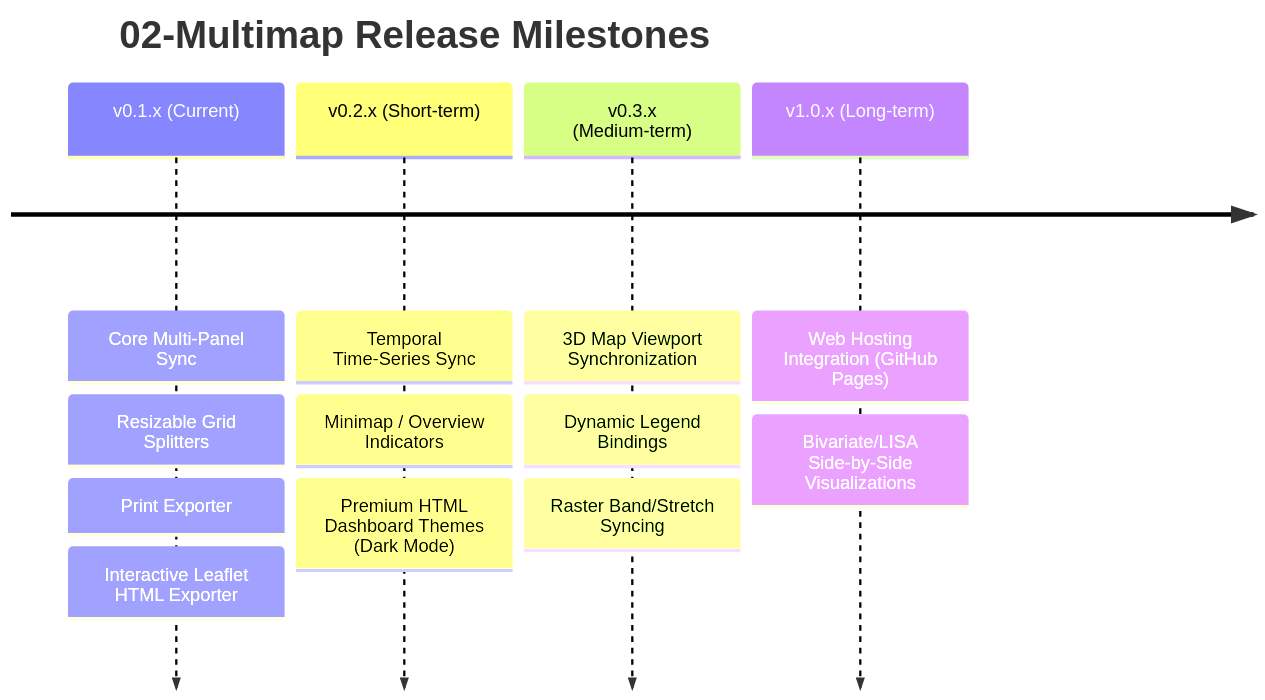
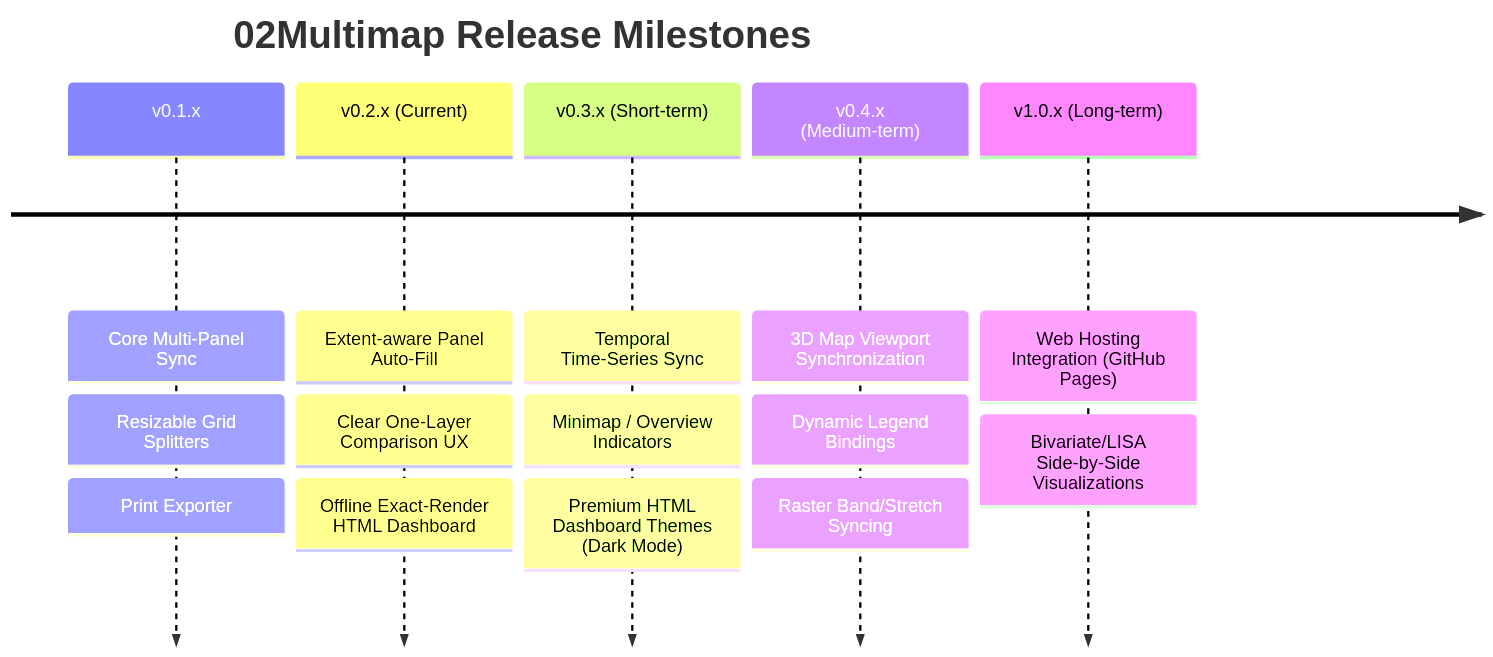
The diagram in ROADMAP.md (YusufEminoglu/zero2multimap), drawn with Mermaid before and after one commit. The commit also changed other lines of this file and 12 other files, not shown here.

````diff
--- a/ROADMAP.md
+++ b/ROADMAP.md
@@ -9,8 +9,9 @@
 ```mermaid
 timeline
-    title 02-Multimap Release Milestones
-    v0.1.x (Current) : Core Multi-Panel Sync : Resizable Grid Splitters : Print Exporter : Interactive Leaflet HTML Exporter
-    v0.2.x (Short-term) : Temporal Time-Series Sync : Minimap / Overview Indicators : Premium HTML Dashboard Themes (Dark Mode)
-    v0.3.x (Medium-term) : 3D Map Viewport Synchronization : Dynamic Legend Bindings : Raster Band/Stretch Syncing
+    title 02Multimap Release Milestones
+    v0.1.x : Core Multi-Panel Sync : Resizable Grid Splitters : Print Exporter
+    v0.2.x (Current) : Extent-aware Panel Auto-Fill : Clear One-Layer Comparison UX : Offline Exact-Render HTML Dashboard
+    v0.3.x (Short-term) : Temporal Time-Series Sync : Minimap / Overview Indicators : Premium HTML Dashboard Themes (Dark Mode)
+    v0.4.x (Medium-term) : 3D Map Viewport Synchronization : Dynamic Legend Bindings : Raster Band/Stretch Syncing
     v1.0.x (Long-term) : Web Hosting Integration (GitHub Pages) : Bivariate/LISA Side-by-Side Visualizations
 ```
````
